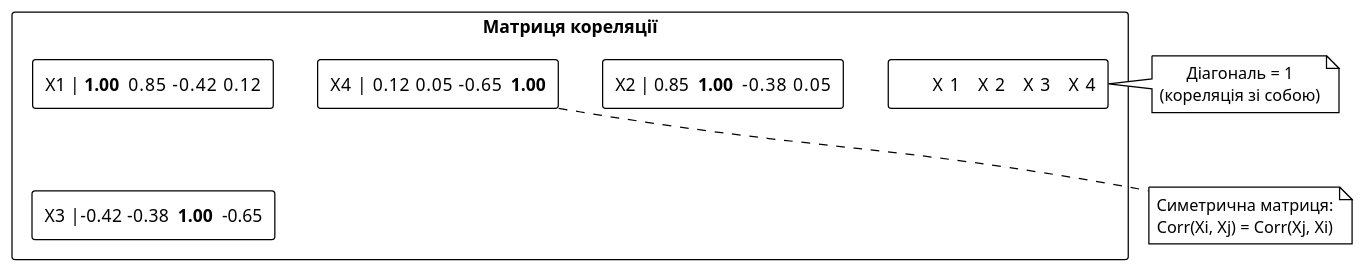
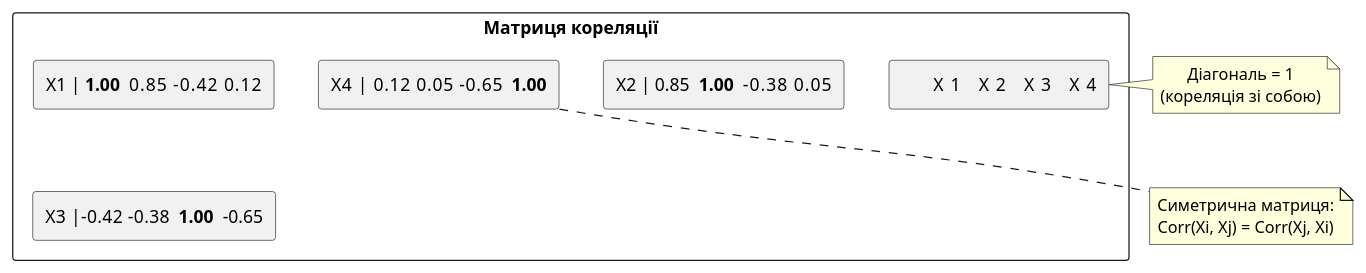
One commit to arakviel/kostyl.dev changed the first of 2 diagrams in content/16.ai-python/04.statistics-basics/05.correlation.md. Above: the diagram before and after it, drawn with PlantUML. The commit also changed other lines of this file and 6 other files, not shown here.

````diff
--- a/content/16.ai-python/04.statistics-basics/05.correlation.md
+++ b/content/16.ai-python/04.statistics-basics/05.correlation.md
@@ -416,22 +417,25 @@
+```plantuml
 @startuml
-!theme plain
+skinparam style plain
+skinparam backgroundColor #FFFFFF
 skinparam defaultTextAlignment center
 
 rectangle "Матриця кореляції" {
   rectangle "       X1      X2      X3      X4" as header
   rectangle "X1 | **1.00**  0.85  -0.42   0.12" as row1
   rectangle "X2 | 0.85  **1.00**  -0.38   0.05" as row2
   rectangle "X3 |-0.42  -0.38  **1.00**  -0.65" as row3
   rectangle "X4 | 0.12   0.05  -0.65  **1.00**" as row4
 }
 
 note right of header
   Діагональ = 1
   (кореляція зі собою)
 end note
 
 note bottom of row4
   Симетрична матриця:
   Corr(Xi, Xj) = Corr(Xj, Xi)
 end note
 @enduml
+```
````
